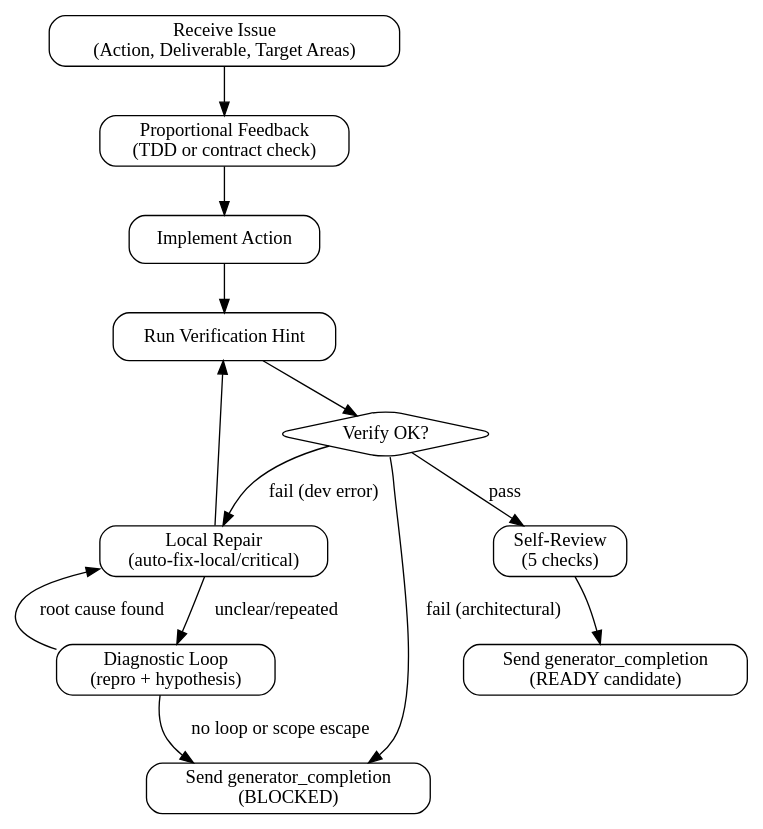
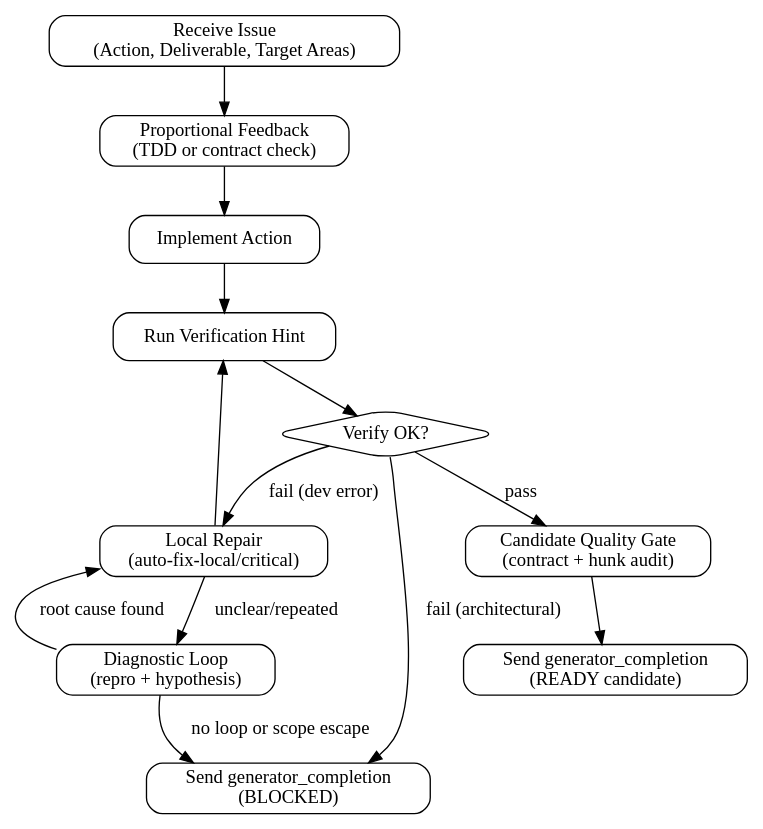
One commit to feng-y/pge changed the first of 2 diagrams in skills/pge-exec/handoffs/generator.md. Above: the diagram before and after it, drawn with Graphviz. The commit also changed other lines of this file and 10 other files, not shown here.

````diff
--- a/skills/pge-exec/handoffs/generator.md
+++ b/skills/pge-exec/handoffs/generator.md
@@ -5,27 +5,27 @@
 ```dot
 digraph generator {
   rankdir=TB;
   node [shape=box, style=rounded];
 
   receive [label="Receive Issue\n(Action, Deliverable, Target Areas)"];
   implement [label="Implement Action"];
   feedback [label="Proportional Feedback\n(TDD or contract check)"];
   verify [label="Run Verification Hint"];
   diagnose [label="Diagnostic Loop\n(repro + hypothesis)"];
-  self_review [label="Self-Review\n(5 checks)"];
+  quality_gate [label="Candidate Quality Gate\n(contract + hunk audit)"];
   verify_ok [label="Verify OK?", shape=diamond];
   local_repair [label="Local Repair\n(auto-fix-local/critical)"];
   completion [label="Send generator_completion\n(READY candidate)"];
   blocked [label="Send generator_completion\n(BLOCKED)"];
 
   receive -> feedback -> implement -> verify -> verify_ok;
-  verify_ok -> self_review [label="pass"];
+  verify_ok -> quality_gate [label="pass"];
   verify_ok -> local_repair [label="fail (dev error)"];
   local_repair -> diagnose [label="unclear/repeated"];
   diagnose -> local_repair [label="root cause found"];
   diagnose -> blocked [label="no loop or scope escape"];
   verify_ok -> blocked [label="fail (architectural)"];
   local_repair -> verify;
-  self_review -> completion;
+  quality_gate -> completion;
 }
 ```
````
